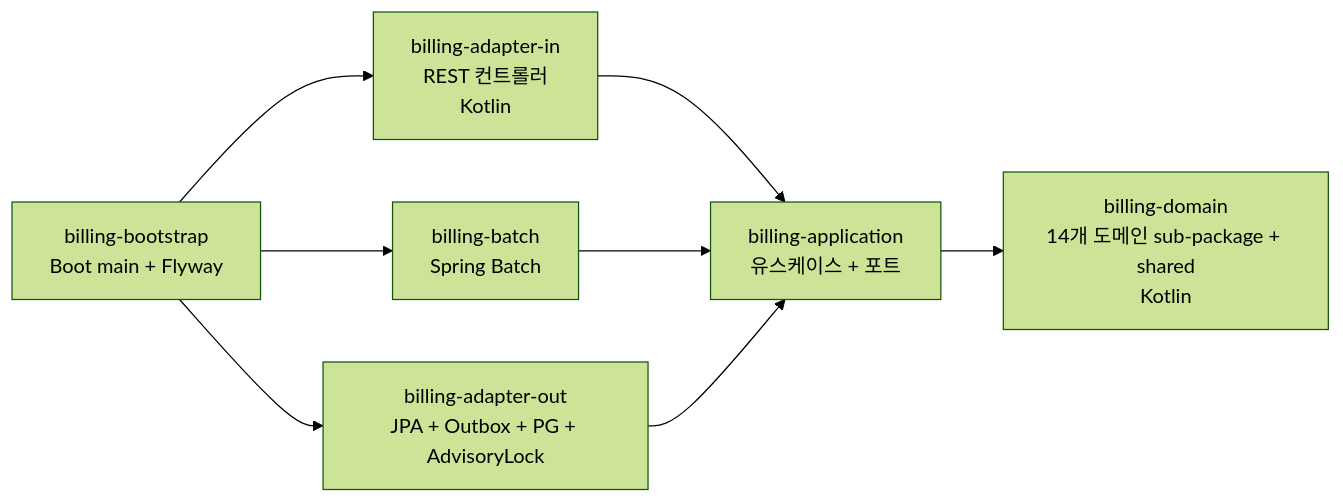
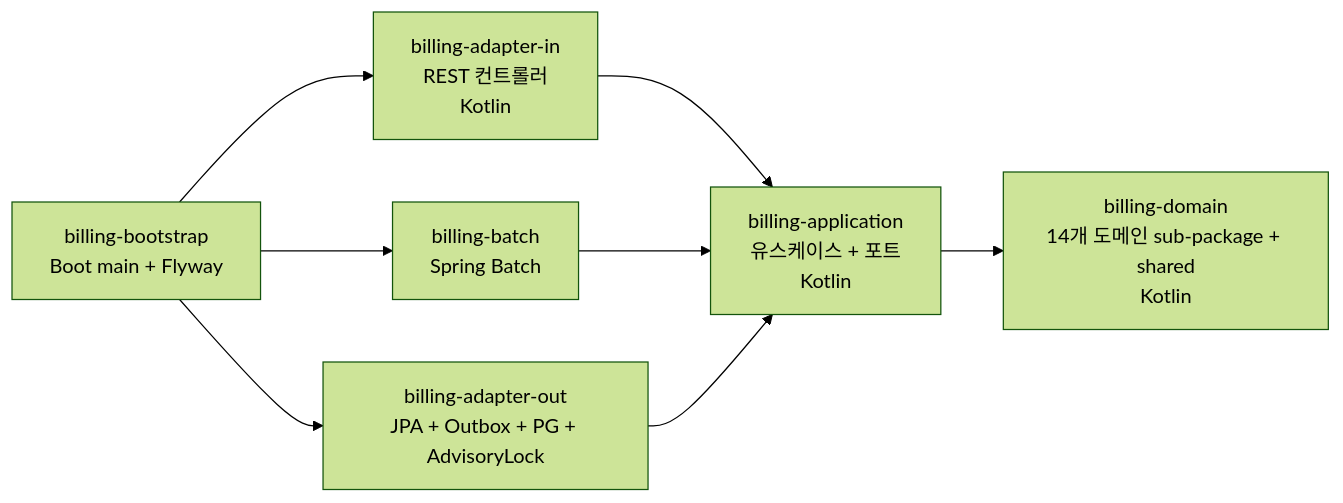
Before and after one commit to ssa1004/billing-platform: the second of 3 diagrams in README.md, drawn with Mermaid (forest theme). The commit also changed other lines of this file, not shown here.

Commit message:
docs: billing-application 전체 Kotlin 전환 반영
README 기술스택 / 모듈 의존도 다이어그램 업데이트.
98/103 (95.1%) Kotlin — 나머지 5개는 Spring Modulith
@NamedInterface package-info.java 로 의도적 Java 유지.

````diff
--- a/README.md
+++ b/README.md
@@ -117,17 +117,17 @@
 ```mermaid
 graph LR
     in[billing-adapter-in<br/>REST 컨트롤러<br/>Kotlin]
-    app[billing-application<br/>유스케이스 + 포트]
+    app[billing-application<br/>유스케이스 + 포트<br/>Kotlin]
     domain[billing-domain<br/>14개 도메인 sub-package + shared<br/>Kotlin]
     out[billing-adapter-out<br/>JPA + Outbox + PG + AdvisoryLock]
     batch[billing-batch<br/>Spring Batch]
     boot[billing-bootstrap<br/>Boot main + Flyway]
 
     in --> app
     boot --> in
     boot --> out
     boot --> batch
     batch --> app
     out --> app
     app --> domain
 ```
````
